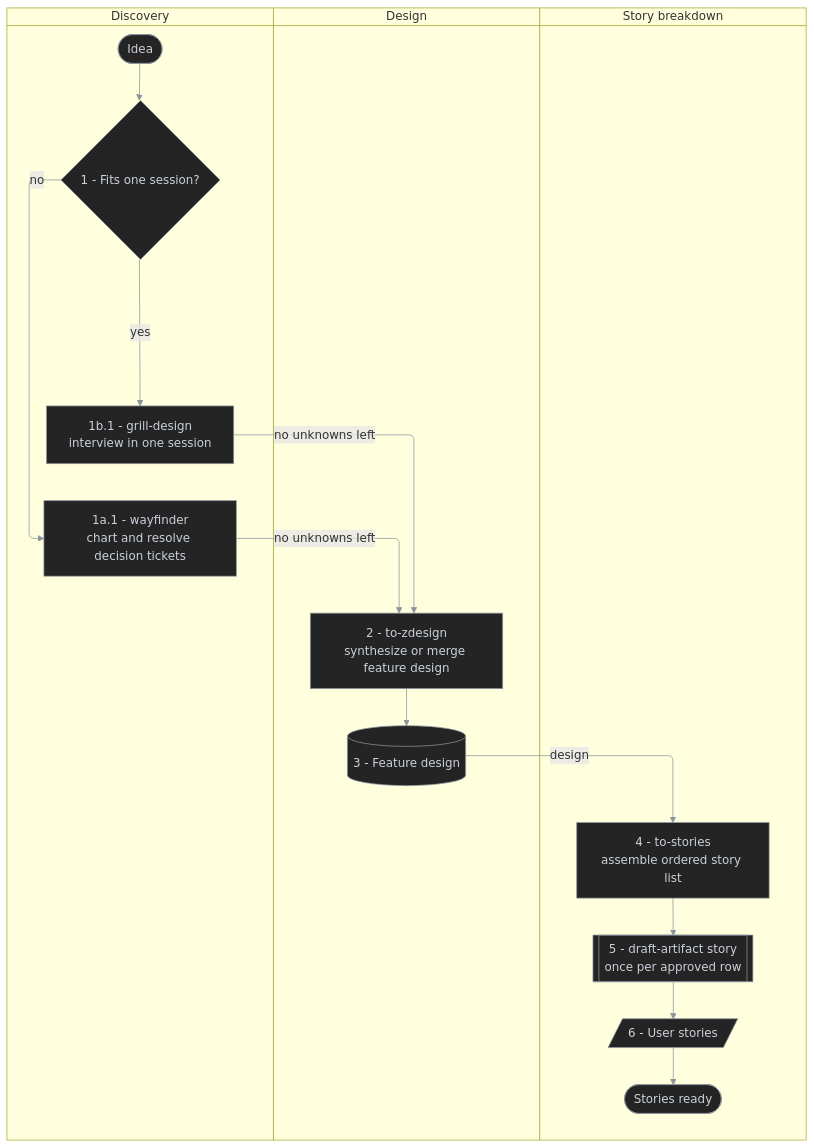
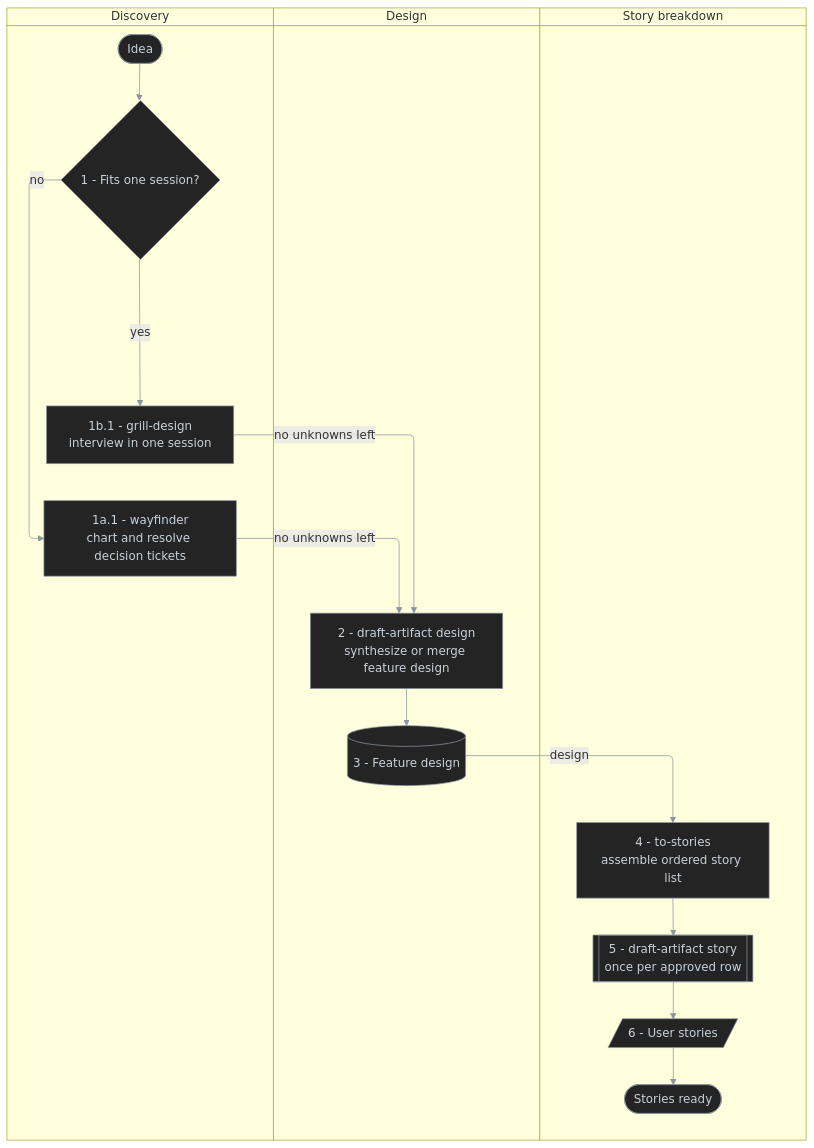
The second of 4 diagrams in plugins/wf/README.md (antshc/brain), drawn with Mermaid before and after one commit. The commit also changed other lines of this file and 14 other files, not shown here.

Commit message:
refactor(wf): fold feature design into draft artifact

````diff
--- a/plugins/wf/README.md
+++ b/plugins/wf/README.md
@@ -77,33 +77,33 @@
 ```mermaid
 %%{init: {'themeVariables': {'lineColor': '#8b949e'}}}%%
 %% diagram-id: wf-design-to-stories-swimlane
 swimlane-beta TB
   accTitle: Design and story breakdown responsibility
-  accDescr: Shows unknowns resolved by wayfinder or grill-design, a feature design synthesized by to-zdesign, and the design broken down into User stories by to-stories.
+  accDescr: Shows unknowns resolved by wayfinder or grill-design, a feature design synthesized by draft-artifact design, and the design broken down into User stories by to-stories.
 
   subgraph discovery [Discovery]
     idea([Idea])
     effortSize{1 - Fits one session?}
     wayfinder[1a.1 - wayfinder<br/>chart and resolve decision tickets]
     grillDesign[1b.1 - grill-design<br/>interview in one session]
   end
 
   subgraph design [Design]
-    toZdesign[2 - to-zdesign<br/>synthesize or merge feature design]
+    toZdesign[2 - draft-artifact design<br/>synthesize or merge feature design]
     designDoc[(3 - Feature design)]
   end
 
   subgraph breakdown [Story breakdown]
     toStories[4 - to-stories<br/>assemble ordered story list]
     draftStory[[5 - draft-artifact story<br/>once per approved row]]
     stories[/6 - User stories/]
     done([Stories ready])
   end
 
   idea --> effortSize
   effortSize -->|no| wayfinder -->|no unknowns left| toZdesign
   effortSize -->|yes| grillDesign -->|no unknowns left| toZdesign
   toZdesign --> designDoc -->|design| toStories --> draftStory --> stories --> done
 
   classDef default fill:#242424,stroke:#8b949e,color:#c9d1d9,stroke-width:1px
 ```
````
